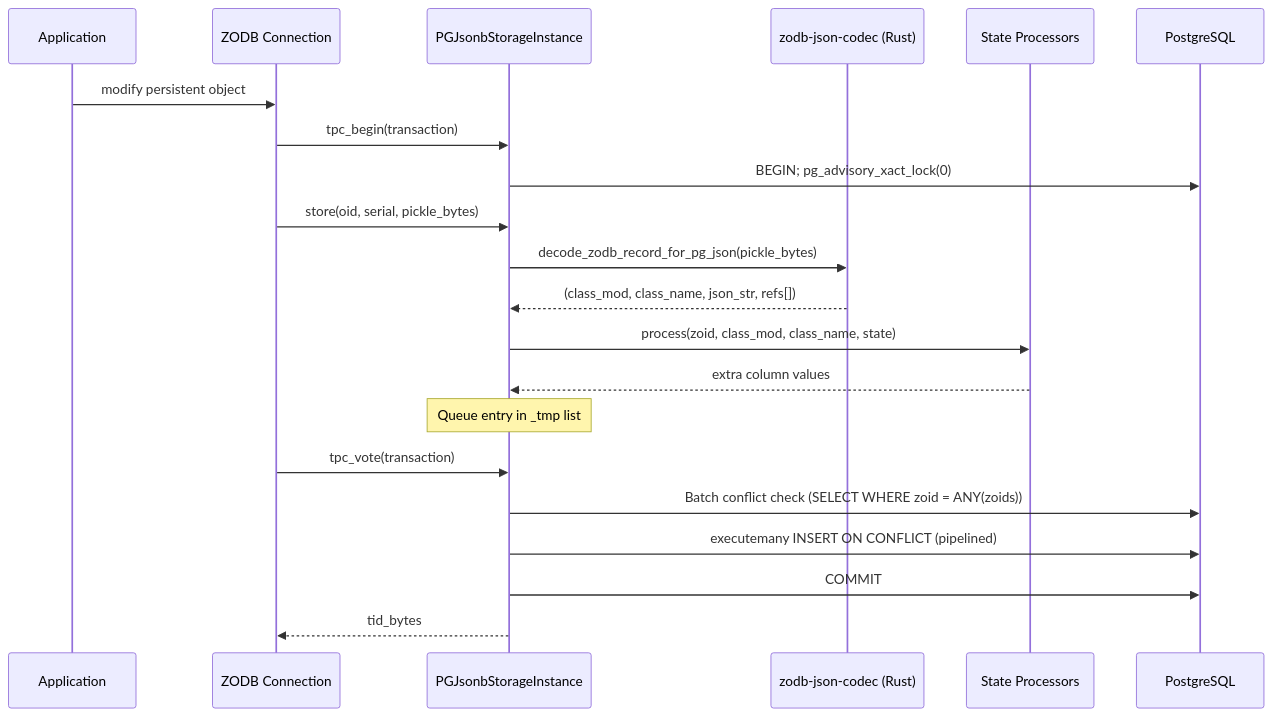
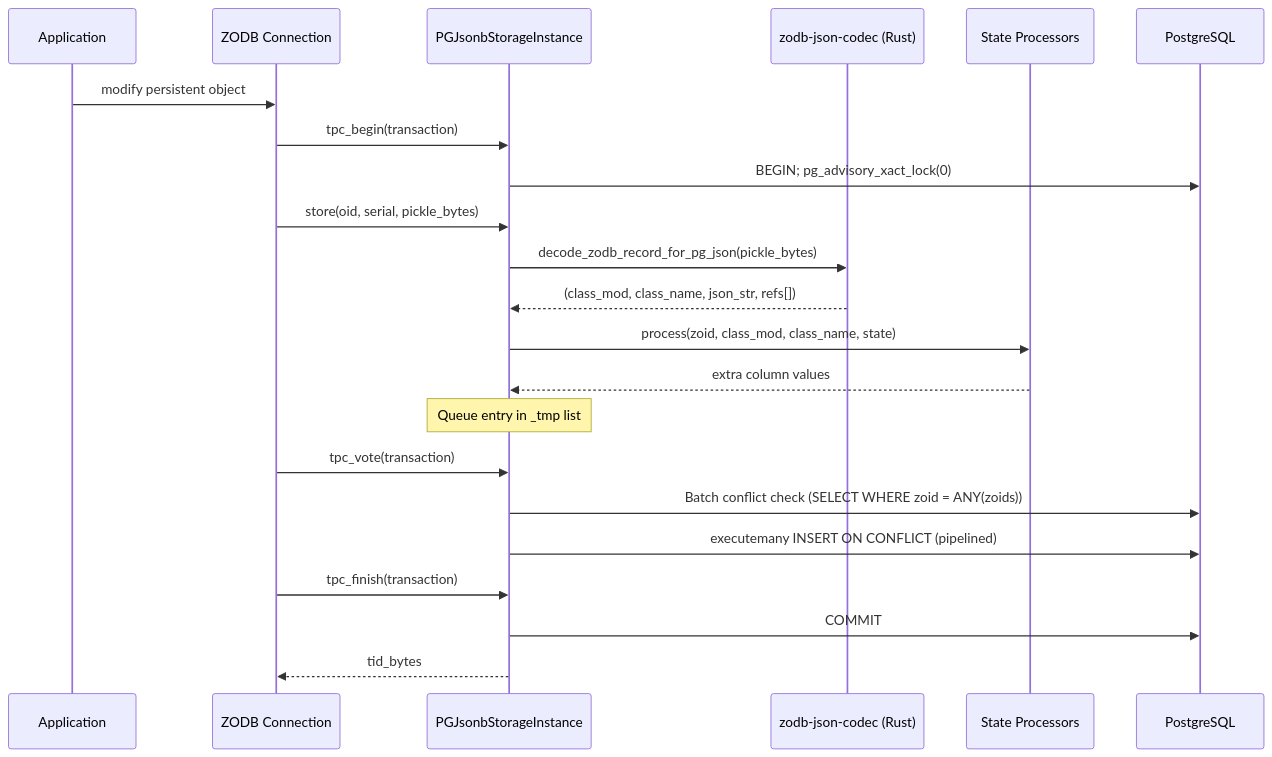
Before and after one commit to bluedynamics/zodb-pgjsonb: the second of 4 diagrams in docs/sources/explanation/architecture.md, drawn with Mermaid. The commit also changed other lines of this file and 3 other files, not shown here.

````diff
--- a/docs/sources/explanation/architecture.md
+++ b/docs/sources/explanation/architecture.md
@@ -50,24 +50,25 @@
 ```{mermaid}
 sequenceDiagram
     participant App as Application
     participant ZODB as ZODB Connection
     participant Inst as PGJsonbStorageInstance
     participant Codec as zodb-json-codec (Rust)
     participant SP as State Processors
     participant PG as PostgreSQL
 
     App->>ZODB: modify persistent object
     ZODB->>Inst: tpc_begin(transaction)
     Inst->>PG: BEGIN#59; pg_advisory_xact_lock(0)
     ZODB->>Inst: store(oid, serial, pickle_bytes)
     Inst->>Codec: decode_zodb_record_for_pg_json(pickle_bytes)
     Codec-->>Inst: (class_mod, class_name, json_str, refs[])
     Inst->>SP: process(zoid, class_mod, class_name, state)
     SP-->>Inst: extra column values
     Note over Inst: Queue entry in _tmp list
     ZODB->>Inst: tpc_vote(transaction)
     Inst->>PG: Batch conflict check (SELECT WHERE zoid = ANY(zoids))
     Inst->>PG: executemany INSERT ON CONFLICT (pipelined)
+    ZODB->>Inst: tpc_finish(transaction)
     Inst->>PG: COMMIT
     Inst-->>ZODB: tid_bytes
 ```
````
